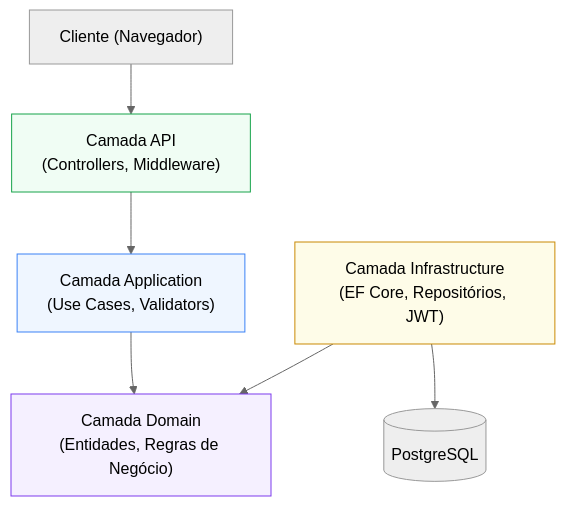
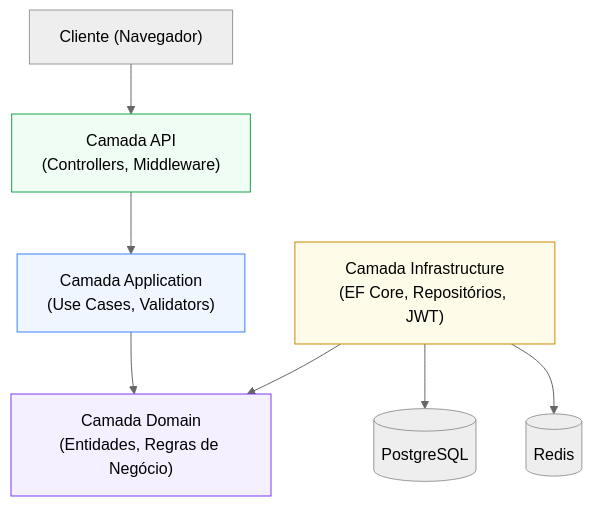
The diagram in README.pt-BR.md (DevSamuelBrito/SmartBudget), drawn with Mermaid (neutral theme) before and after one commit. The commit also changed other lines of this file and 3 other files, not shown here.

````diff
--- a/README.pt-BR.md
+++ b/README.pt-BR.md
@@ -98,20 +106,22 @@
 ```mermaid
 graph TD
     Client["Cliente (Navegador)"]
     API["Camada API\n(Controllers, Middleware)"]
     App["Camada Application\n(Use Cases, Validators)"]
     Domain["Camada Domain\n(Entidades, Regras de Negócio)"]
     Infra["Camada Infrastructure\n(EF Core, Repositórios, JWT)"]
     DB[("PostgreSQL")]
+    Redis[("Redis")]
 
     Client --> API
     API --> App
     App --> Domain
     Infra --> Domain
     Infra --> DB
+    Infra --> Redis
 
     style Domain fill:#f5f0ff,stroke:#7c3aed
     style App fill:#eff6ff,stroke:#3b82f6
     style API fill:#f0fdf4,stroke:#16a34a
     style Infra fill:#fefce8,stroke:#ca8a04
 ```
````
